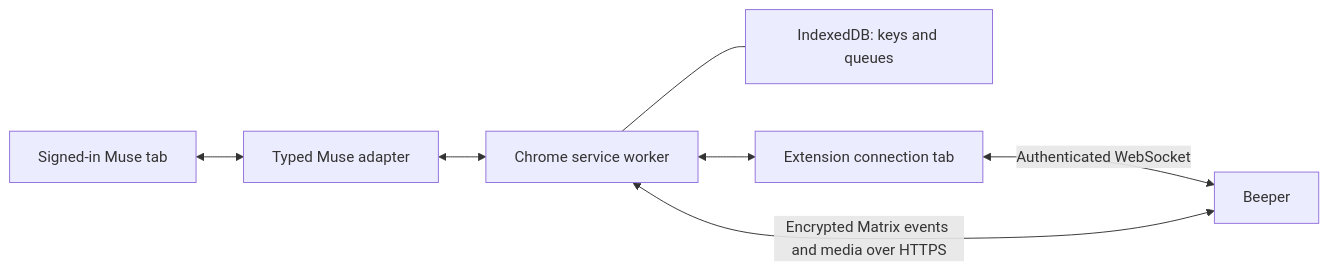
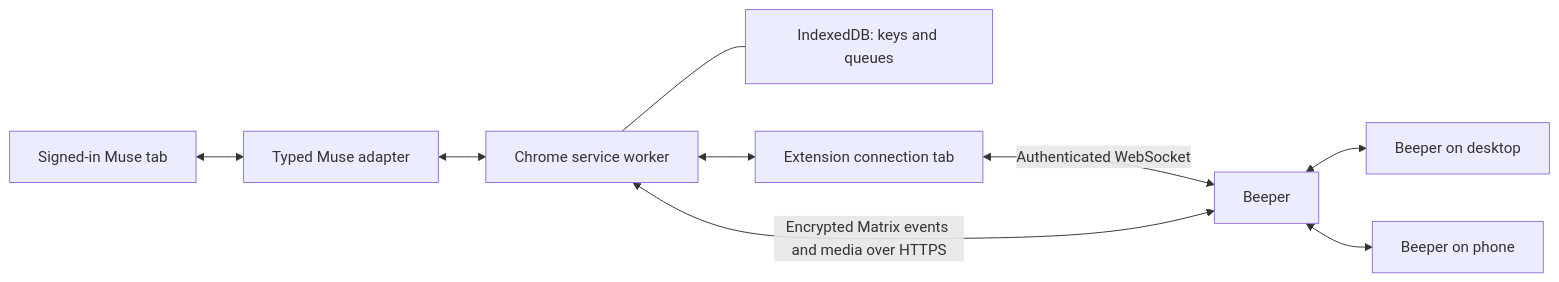
Before and after one commit to nishu-builder/beeper-muse: the diagram in README.md, drawn with Mermaid. The commit also changed other lines of this file and 80 other files, not shown here.

````diff
--- a/README.md
+++ b/README.md
@@ -112,9 +83,11 @@
 ```mermaid
 flowchart LR
     Muse[Signed-in Muse tab] <--> Adapter[Typed Muse adapter]
     Adapter <--> Worker[Chrome service worker]
     Worker --- Storage[IndexedDB: keys and queues]
     Worker <--> Connection[Extension connection tab]
     Connection <-->|Authenticated WebSocket| Beeper[Beeper]
     Worker <-->|Encrypted Matrix events and media over HTTPS| Beeper
+    Beeper <--> Desktop[Beeper on desktop]
+    Beeper <--> Phone[Beeper on phone]
 ```
````
